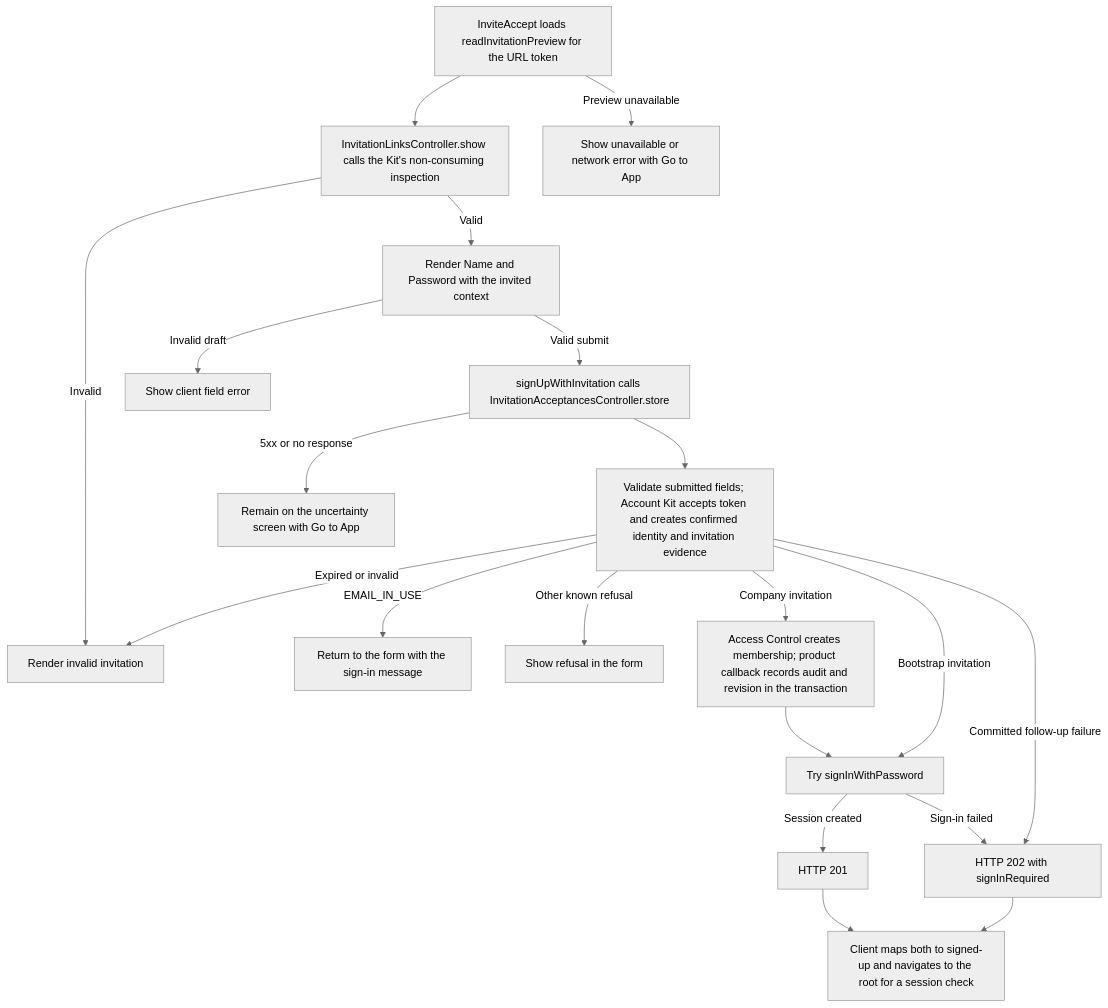
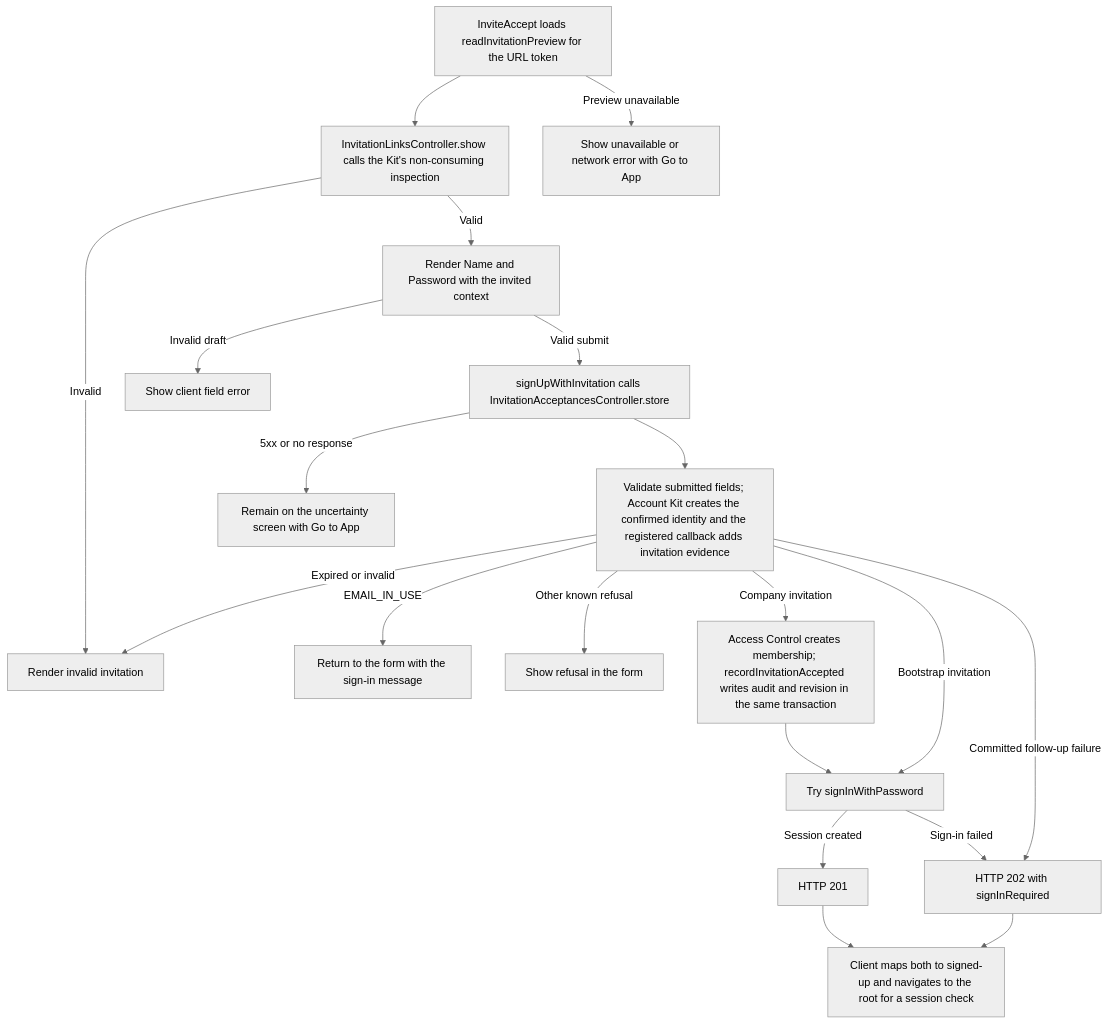
The second of 2 diagrams in user-stories/team/US-TEAM-04-accept-invitation.md (Kevinjohn/capacitylens), drawn with Mermaid (neutral theme) before and after one commit. The commit also changed other lines of this file and 26 other files, not shown here.

````diff
--- a/user-stories/team/US-TEAM-04-accept-invitation.md
+++ b/user-stories/team/US-TEAM-04-accept-invitation.md
@@ -32,22 +33,22 @@
 ```mermaid
 flowchart TD
   page["InviteAccept loads readInvitationPreview for the URL token"] --> inspect["InvitationLinksController.show calls the Kit's non-consuming inspection"]
   inspect -->|Invalid| invalid["Render invalid invitation"]
   inspect -->|Valid| form["Render Name and Password with the invited context"]
   page -->|Preview unavailable| retry["Show unavailable or network error with Go to App"]
   form -->|Valid submit| endpoint["signUpWithInvitation calls InvitationAcceptancesController.store"]
   form -->|Invalid draft| invalidDraft["Show client field error"]
-  endpoint --> kit["Validate submitted fields; Account Kit accepts token and creates confirmed identity and invitation evidence"]
+  endpoint --> kit["Validate submitted fields; Account Kit creates the confirmed identity and the registered callback adds invitation evidence"]
   kit -->|Expired or invalid| invalid
   kit -->|EMAIL_IN_USE| signIn["Return to the form with the sign-in message"]
   kit -->|Other known refusal| refusal["Show refusal in the form"]
-  kit -->|Company invitation| membership["Access Control creates membership; product callback records audit and revision in the transaction"]
+  kit -->|Company invitation| membership["Access Control creates membership; recordInvitationAccepted writes audit and revision in the same transaction"]
   membership --> session["Try signInWithPassword"]
   kit -->|Bootstrap invitation| session
   session -->|Session created| ok["HTTP 201"]
   session -->|Sign-in failed| accepted["HTTP 202 with signInRequired"]
   kit -->|Committed follow-up failure| accepted
   ok --> browser["Client maps both to signed-up and navigates to the root for a session check"]
   accepted --> browser
   endpoint -->|5xx or no response| uncertain["Remain on the uncertainty screen with Go to App"]
 ```
````
